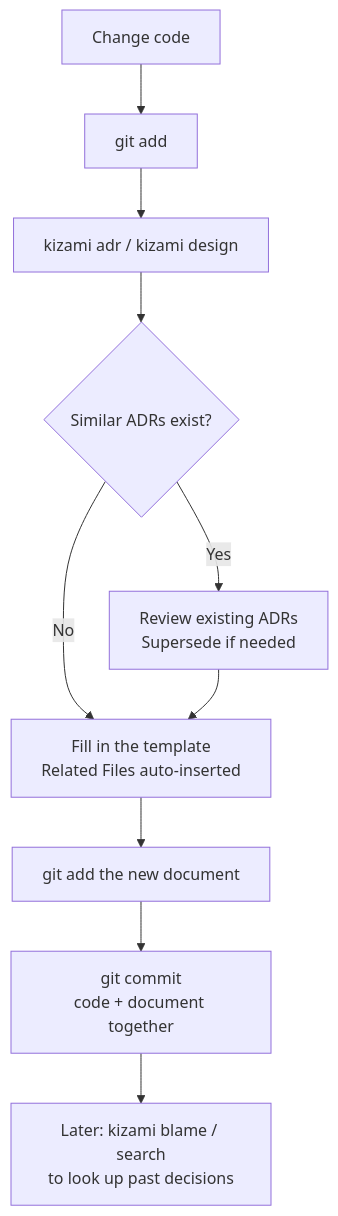
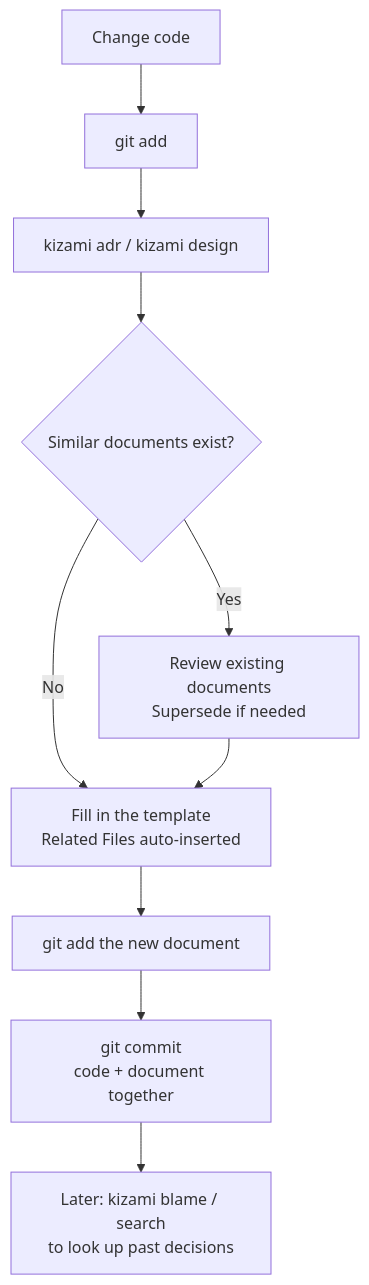
The diagram in docs/site/workflow.md (mskasa/declog), drawn with Mermaid before and after one commit. The commit also changed other lines of this file and 12 other files, not shown here.

````diff
--- a/docs/site/workflow.md
+++ b/docs/site/workflow.md
@@ -19,12 +19,12 @@
 ```mermaid
 flowchart TD
     A[Change code] --> B[git add]
     B --> C[kizami adr / kizami design]
-    C --> D{Similar ADRs exist?}
-    D -- Yes --> E[Review existing ADRs\nSupersede if needed]
+    C --> D{Similar documents exist?}
+    D -- Yes --> E[Review existing documents\nSupersede if needed]
     D -- No --> F[Fill in the template\nRelated Files auto-inserted]
     E --> F
     F --> G[git add the new document]
     G --> H[git commit\ncode + document together]
     H --> I[Later: kizami blame / search\nto look up past decisions]
 ```
````
